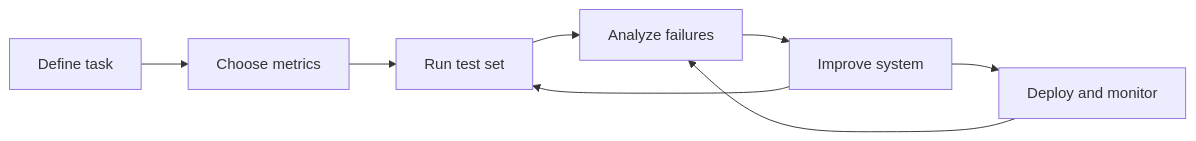
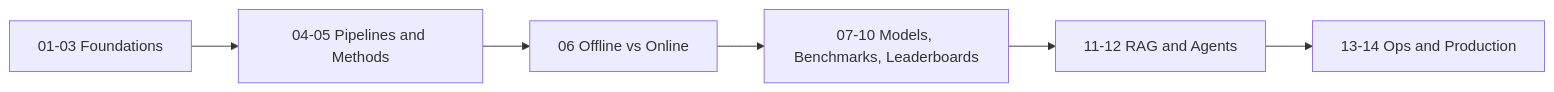
The diagram in README.MD (arnab9957/LLM_EVALS), drawn with Mermaid before and after one commit. The commit also changed other lines of this file and 64 other files, not shown here.

````diff
--- a/README.MD
+++ b/README.MD
@@ -136,10 +24,8 @@
 ```mermaid
 flowchart LR
-    D[Define task] --> M[Choose metrics]
-    M --> T[Run test set]
-    T --> A[Analyze failures]
-    A --> I[Improve system]
-    I --> T
-    I --> O[Deploy and monitor]
-    O --> A
+    A[01-03 Foundations] --> B[04-05 Pipelines and Methods]
+    B --> C[06 Offline vs Online]
+    C --> D[07-10 Models, Benchmarks, Leaderboards]
+    D --> E[11-12 RAG and Agents]
+    E --> F[13-14 Ops and Production]
 ```
````
